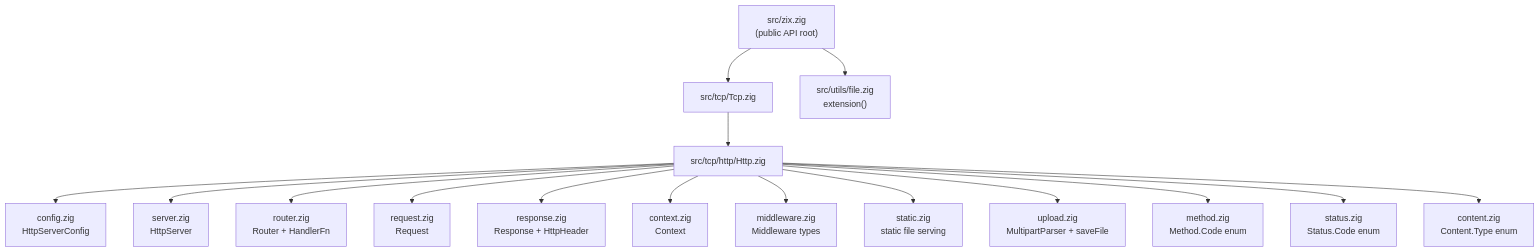
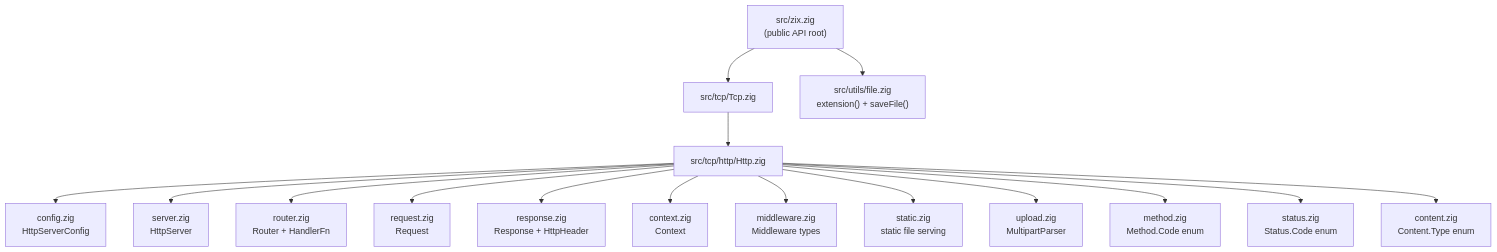
The second of 9 diagrams in docs/HLD.md (prothegee/zix), drawn with Mermaid before and after one commit. The commit also changed other lines of this file and 22 other files, not shown here.

````diff
--- a/docs/HLD.md
+++ b/docs/HLD.md
@@ -58,22 +58,22 @@
 ```mermaid
 graph TD
     zix["src/zix.zig\n(public API root)"]
 
     zix --> Tcp["src/tcp/Tcp.zig"]
     Tcp --> Http["src/tcp/http/Http.zig"]
 
     Http --> config["config.zig\nHttpServerConfig"]
     Http --> server["server.zig\nHttpServer"]
     Http --> router["router.zig\nRouter + HandlerFn"]
     Http --> request["request.zig\nRequest"]
     Http --> response["response.zig\nResponse + HttpHeader"]
     Http --> context["context.zig\nContext"]
     Http --> middleware["middleware.zig\nMiddleware types"]
     Http --> static["static.zig\nstatic file serving"]
-    Http --> upload["upload.zig\nMultipartParser + saveFile"]
+    Http --> upload["upload.zig\nMultipartParser"]
     Http --> method["method.zig\nMethod.Code enum"]
     Http --> status["status.zig\nStatus.Code enum"]
     Http --> content["content.zig\nContent.Type enum"]
 
-    zix --> utils["src/utils/file.zig\nextension()"]
+    zix --> utils["src/utils/file.zig\nextension() + saveFile()"]
 ```
````
